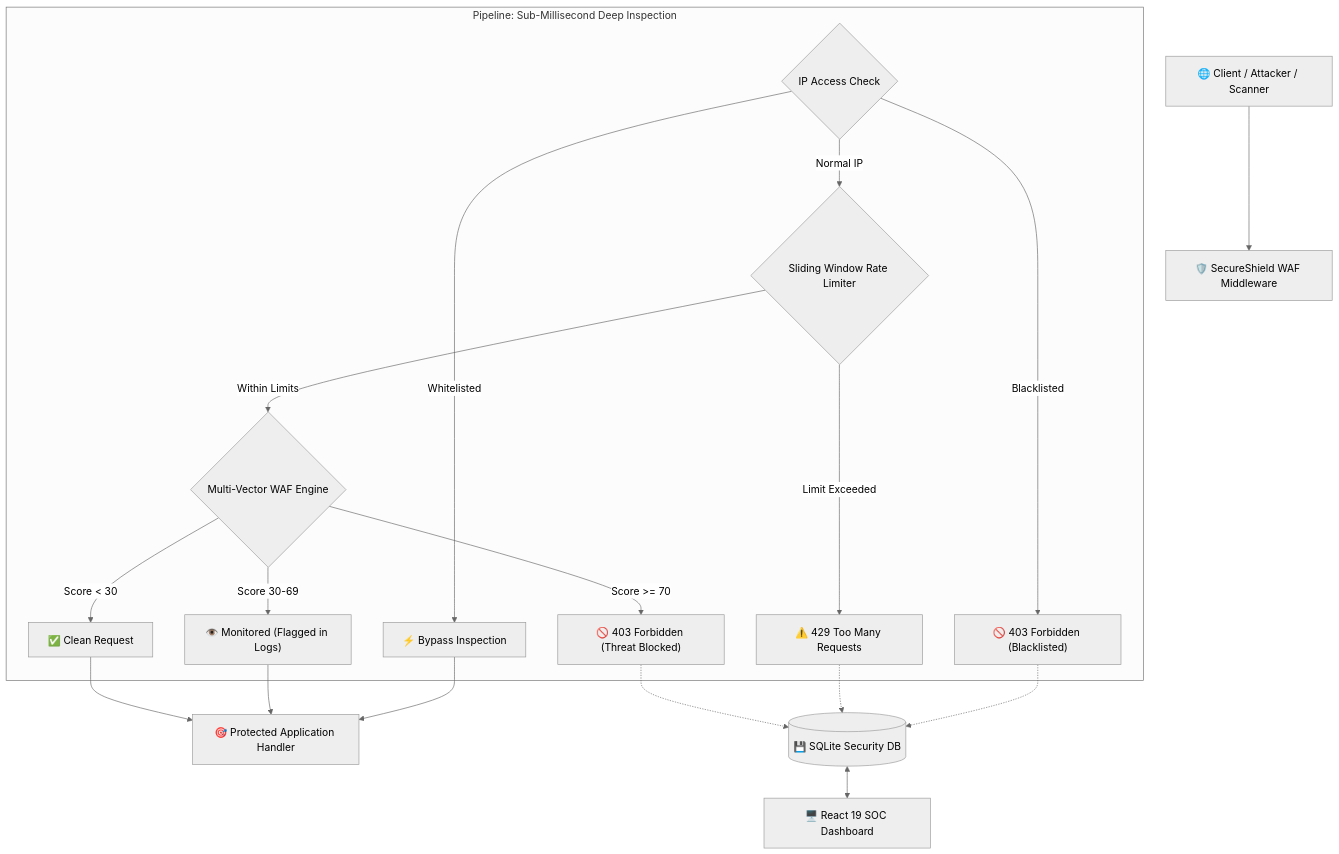
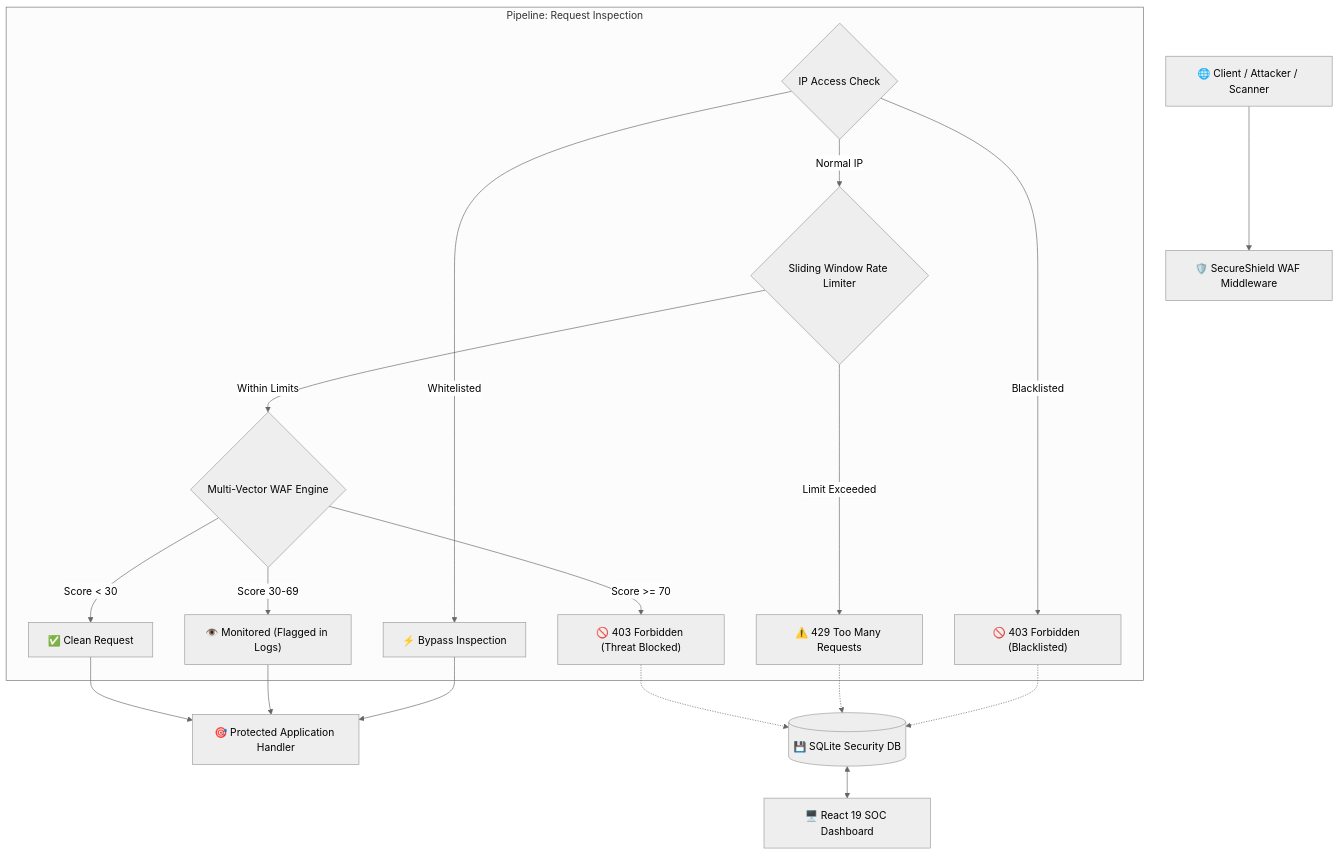
Before and after one commit to Hemanth225217/secure-shield-waf: the diagram in README.md, drawn with Mermaid (neutral theme). The commit also changed other lines of this file and 3 other files, not shown here.

````diff
--- a/README.md
+++ b/README.md
@@ -18,31 +22,31 @@
 ```mermaid
 flowchart TD
     Client["🌐 Client / Attacker / Scanner"] --> WAF["🛡️ SecureShield WAF Middleware"]
     
-    subgraph WAF_Inspection_Pipeline ["Pipeline: Sub-Millisecond Deep Inspection"]
+    subgraph WAF_Inspection_Pipeline ["Pipeline: Request Inspection"]
         IP_Check{"IP Access Check"}
         Rate_Limit{"Sliding Window Rate Limiter"}
         WAF_Engine{"Multi-Vector WAF Engine"}
         
         IP_Check -->|Whitelisted| AllowFast["⚡ Bypass Inspection"]
         IP_Check -->|Blacklisted| Block403["🚫 403 Forbidden (Blacklisted)"]
         IP_Check -->|Normal IP| Rate_Limit
         
         Rate_Limit -->|Limit Exceeded| Throttled429["⚠️ 429 Too Many Requests"]
         Rate_Limit -->|Within Limits| WAF_Engine
         
         WAF_Engine -->|Score >= 70| BlockThreat["🚫 403 Forbidden (Threat Blocked)"]
         WAF_Engine -->|Score 30-69| Monitor["👁️ Monitored (Flagged in Logs)"]
         WAF_Engine -->|Score < 30| Clean["✅ Clean Request"]
     end
     
     AllowFast --> Upstream["🎯 Protected Application Handler"]
     Monitor --> Upstream
     Clean --> Upstream
     
     Block403 -.-> SQLite[("💾 SQLite Security DB")]
     Throttled429 -.-> SQLite
     BlockThreat -.-> SQLite
     
     SQLite <--> Dashboard["🖥️ React 19 SOC Dashboard"]
 ```
````
